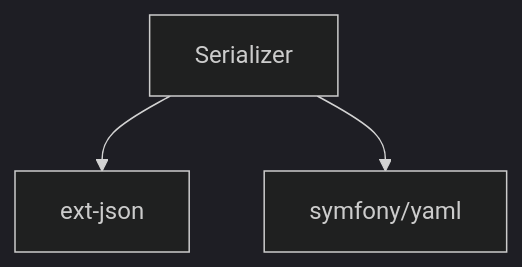
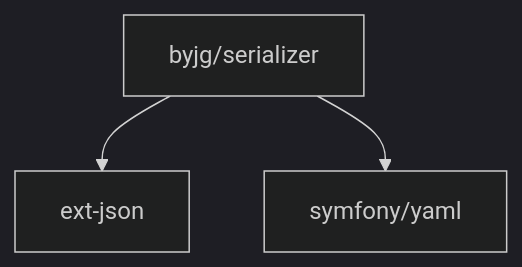
The diagram in README.md (byjg/php-serializer), drawn with Mermaid (dark theme) before and after one commit.

Commit message:
Add Dependencies

````diff
--- a/README.md
+++ b/README.md
@@ -134,5 +134,5 @@
 ```mermaid
 flowchart TD
-    Serializer --> ext-json
-    Serializer --> symfony/yaml
+    byjg/serializer --> ext-json
+    byjg/serializer --> symfony/yaml
 ```
````
